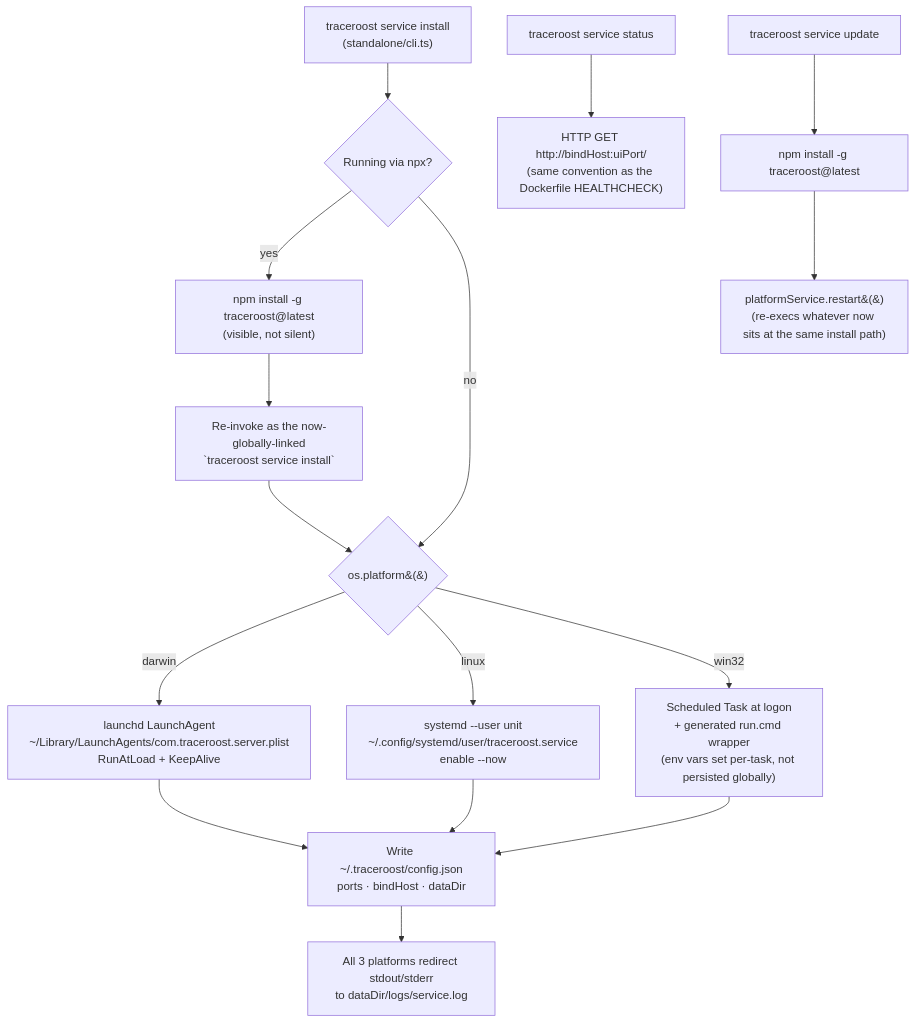
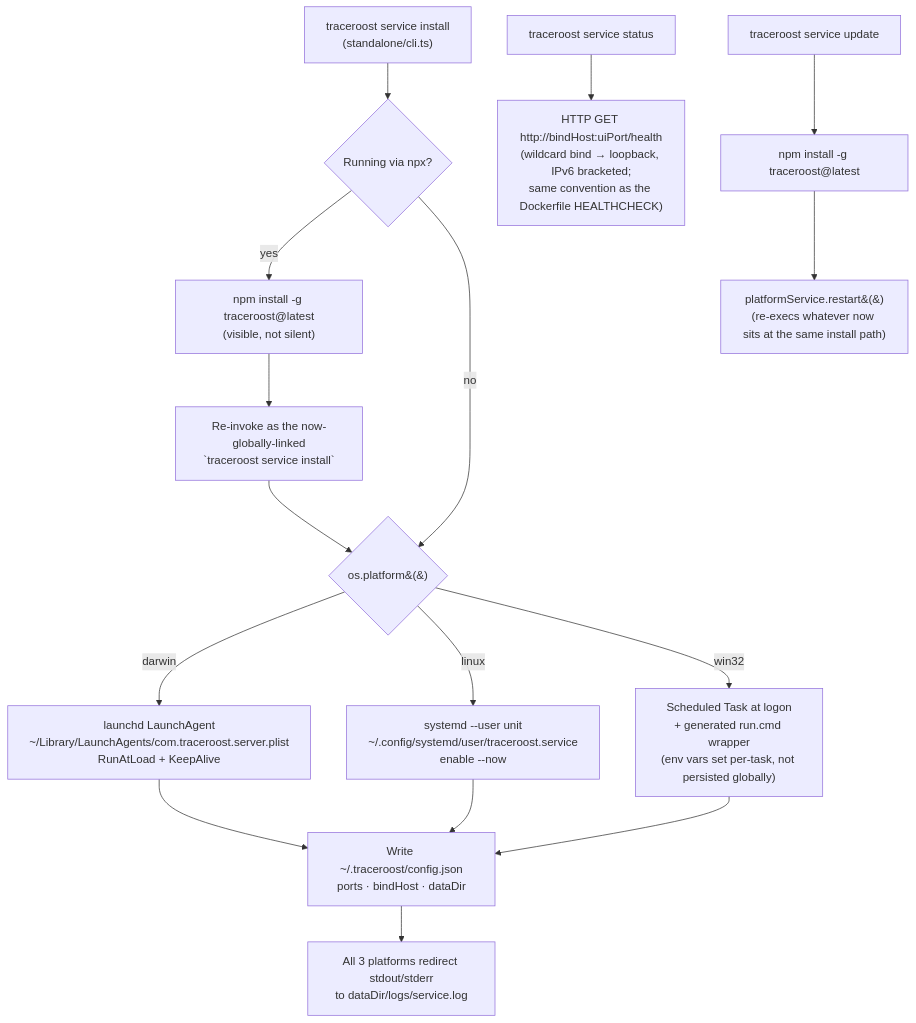
Before and after one commit to traceroost/core: diagram 18 of 20 in ARCHITECTURE.md, drawn with Mermaid. The commit also changed other lines of this file and 128 other files, not shown here.

````diff
--- a/ARCHITECTURE.md
+++ b/ARCHITECTURE.md
@@ -954,22 +954,22 @@
 ```mermaid
 flowchart TD
     CLI["traceroost service install<br/>(standalone/cli.ts)"] --> NPX{Running via npx?}
 
     NPX -- yes --> BOOT["npm install -g traceroost@latest<br/>(visible, not silent)"]
     BOOT --> REEXEC[Re-invoke as the now-globally-linked<br/>`traceroost service install`]
     REEXEC --> DISPATCH
 
     NPX -- no --> DISPATCH{os.platform&#40;&#41;}
 
     DISPATCH -- darwin --> MAC["launchd LaunchAgent<br/>~/Library/LaunchAgents/com.traceroost.server.plist<br/>RunAtLoad + KeepAlive"]
     DISPATCH -- linux --> LIN["systemd --user unit<br/>~/.config/systemd/user/traceroost.service<br/>enable --now"]
     DISPATCH -- win32 --> WIN["Scheduled Task at logon<br/>+ generated run.cmd wrapper<br/>(env vars set per-task, not persisted globally)"]
 
     MAC & LIN & WIN --> CFG[Write ~/.traceroost/config.json<br/>ports · bindHost · dataDir]
     CFG --> LOG[All 3 platforms redirect stdout/stderr<br/>to dataDir/logs/service.log]
 
-    STATUS["traceroost service status"] --> PROBE["HTTP GET http://bindHost:uiPort/<br/>(same convention as the Dockerfile HEALTHCHECK)"]
+    STATUS["traceroost service status"] --> PROBE["HTTP GET http://bindHost:uiPort/health<br/>(wildcard bind → loopback, IPv6 bracketed;<br/>same convention as the Dockerfile HEALTHCHECK)"]
 
     UPDATE["traceroost service update"] --> NPMLATEST["npm install -g traceroost@latest"]
     NPMLATEST --> RESTART["platformService.restart&#40;&#41;<br/>(re-execs whatever now sits at the same install path)"]
 ```
````
